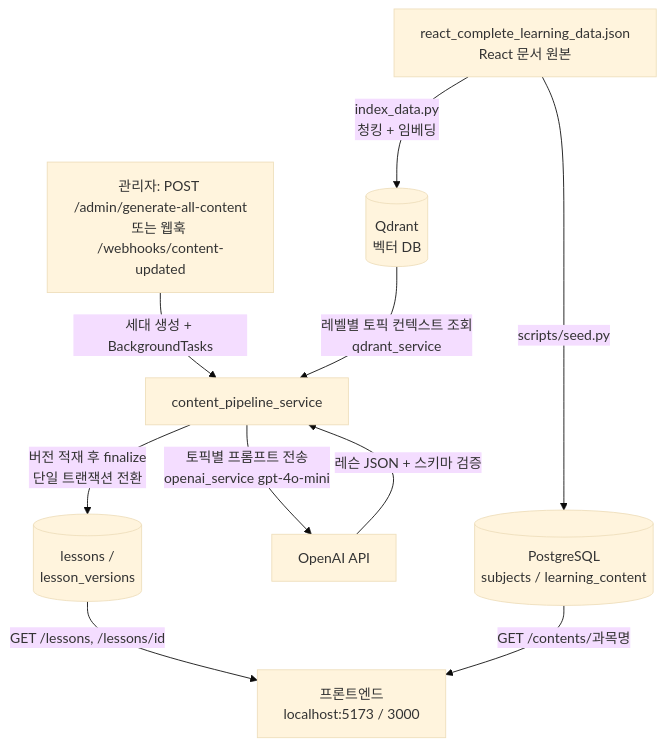
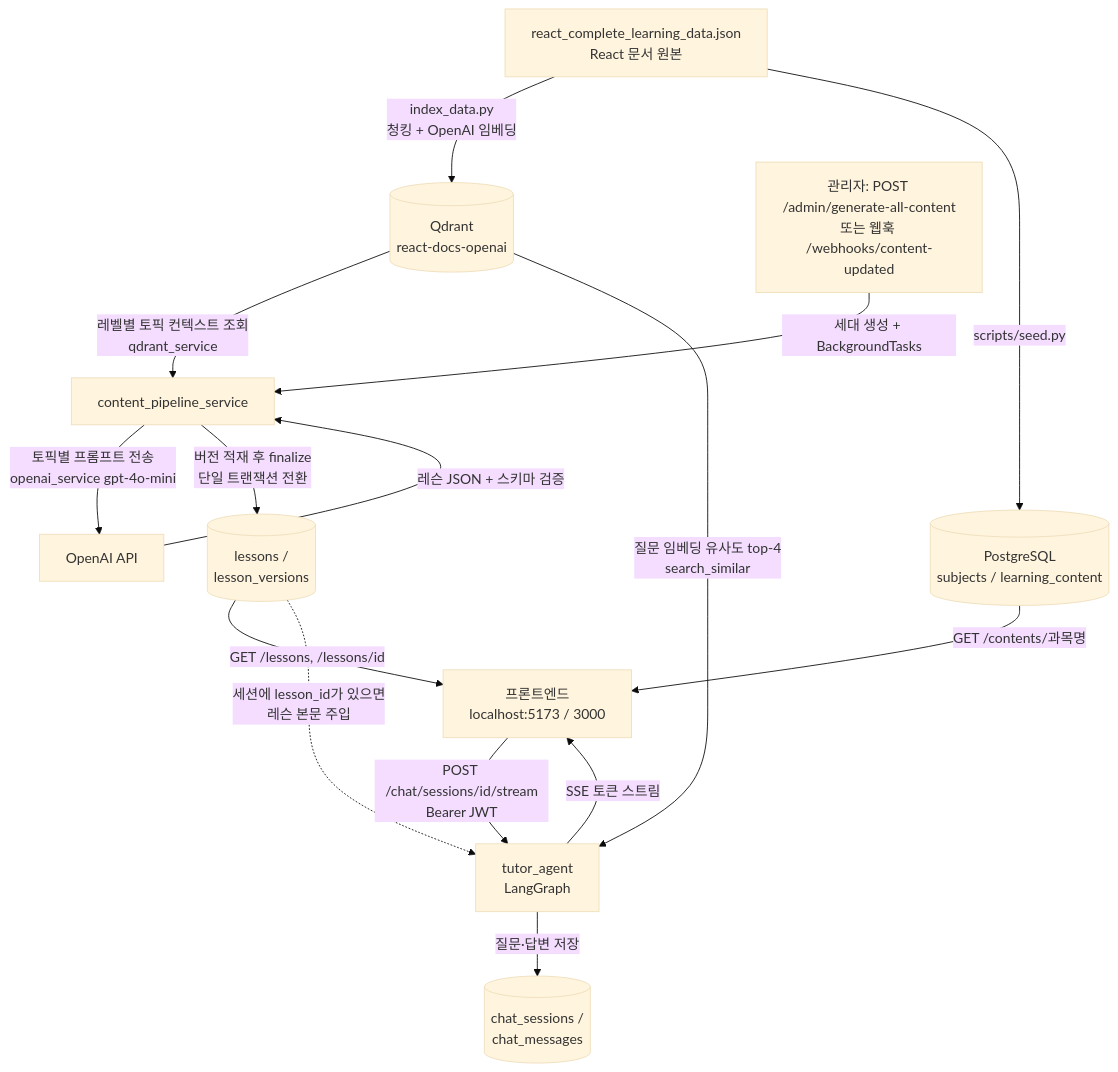
One commit to samkkkkkkk/learnsphere-api changed the diagram in ARCHITECTURE.md. Above: the diagram before and after it, drawn with Mermaid (base theme). The commit also changed other lines of this file and 1 other file, not shown here.

````diff
--- a/ARCHITECTURE.md
+++ b/ARCHITECTURE.md
@@ -66,14 +86,20 @@
 ```mermaid
 flowchart TD
-    A[react_complete_learning_data.json<br/>React 문서 원본] -->|index_data.py<br/>청킹 + 임베딩| B[(Qdrant<br/>벡터 DB)]
+    A[react_complete_learning_data.json<br/>React 문서 원본] -->|index_data.py<br/>청킹 + OpenAI 임베딩| B[(Qdrant<br/>react-docs-openai)]
     A -->|scripts/seed.py| C[(PostgreSQL<br/>subjects / learning_content)]
 
     D[관리자: POST /admin/generate-all-content<br/>또는 웹훅 /webhooks/content-updated] -->|세대 생성 + BackgroundTasks| E[content_pipeline_service]
     B -->|레벨별 토픽 컨텍스트 조회<br/>qdrant_service| E
     E -->|토픽별 프롬프트 전송<br/>openai_service gpt-4o-mini| F[OpenAI API]
     F -->|레슨 JSON + 스키마 검증| E
     E -->|버전 적재 후 finalize<br/>단일 트랜잭션 전환| G[(lessons /<br/>lesson_versions)]
 
     G -->|GET /lessons, /lessons/id| I[프론트엔드<br/>localhost:5173 / 3000]
     C -->|GET /contents/과목명| I
+
+    I -->|POST /chat/sessions/id/stream<br/>Bearer JWT| J[tutor_agent<br/>LangGraph]
+    B -->|질문 임베딩 유사도 top-4<br/>search_similar| J
+    G -.->|세션에 lesson_id가 있으면<br/>레슨 본문 주입| J
+    J -->|SSE 토큰 스트림| I
+    J -->|질문·답변 저장| K[(chat_sessions /<br/>chat_messages)]
 ```
````
